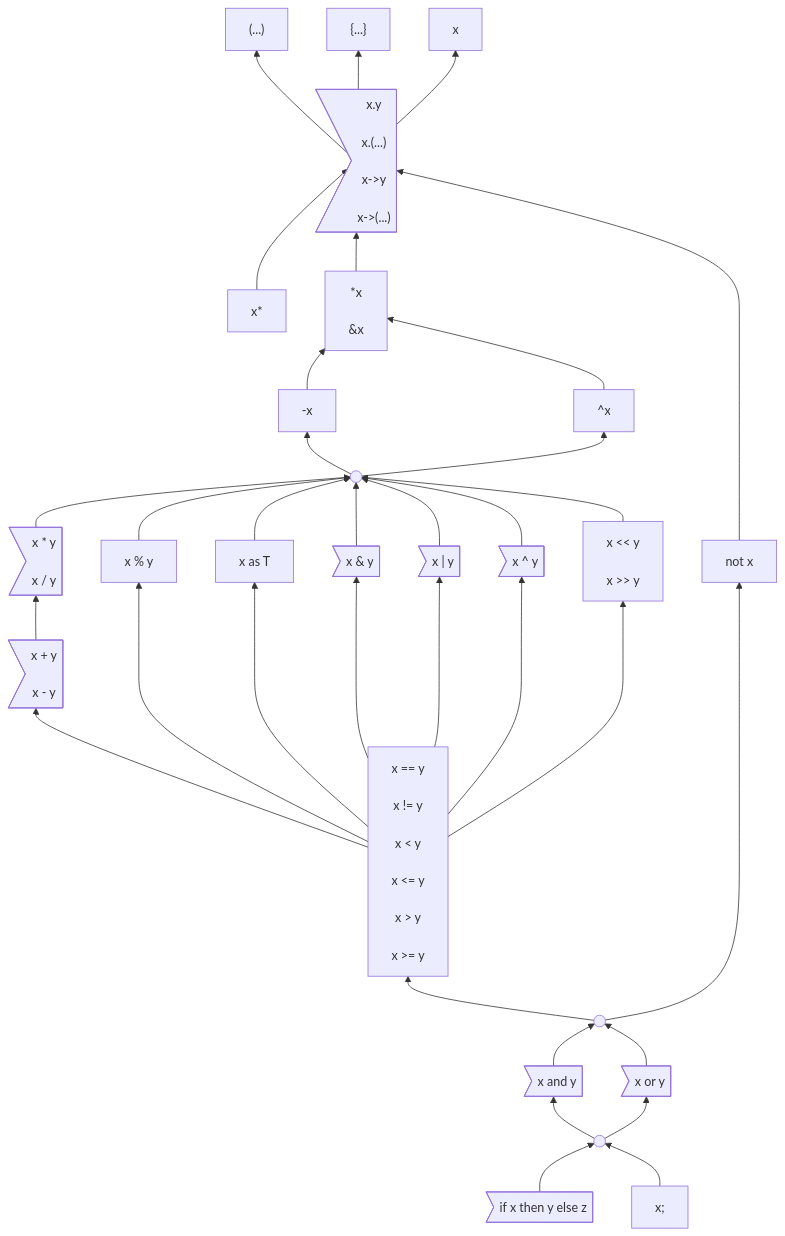
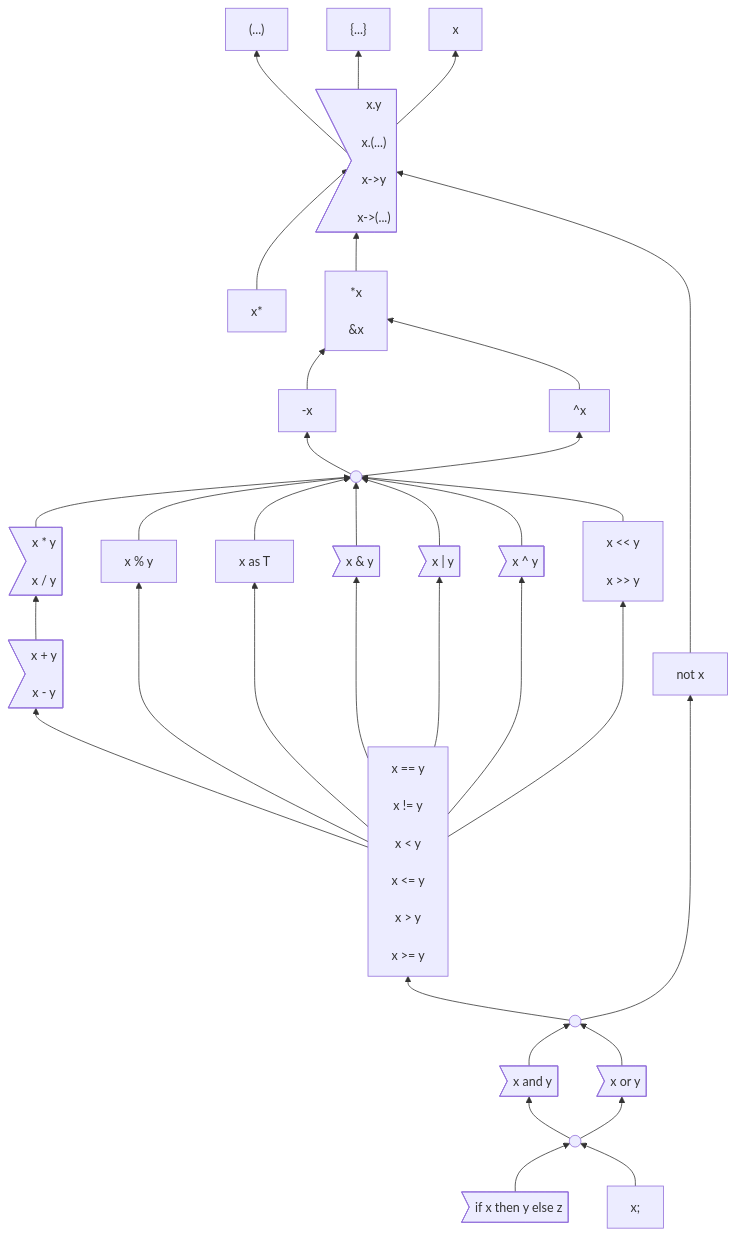
One commit to carbon-language/carbon-lang changed the first of 2 diagrams in docs/design/expressions/README.md. Above: the diagram before and after it, drawn with Mermaid.

Commit message:
loooooooonger

```diff
--- a/docs/design/expressions/README.md
+++ b/docs/design/expressions/README.md
@@ -140,7 +140,7 @@
     complement --> pointer
     unary --> negation & complement
     %% Use a longer arrow here to put `not` next to `and` and `or`.
-    not -----> memberAccess
+    not ------> memberAccess
     multiplication & modulo & as & bitwise_and & bitwise_or & bitwise_xor & shift --> unary
     addition --> multiplication
     comparison --> modulo & addition & as & bitwise_and & bitwise_or & bitwise_xor & shift
```
